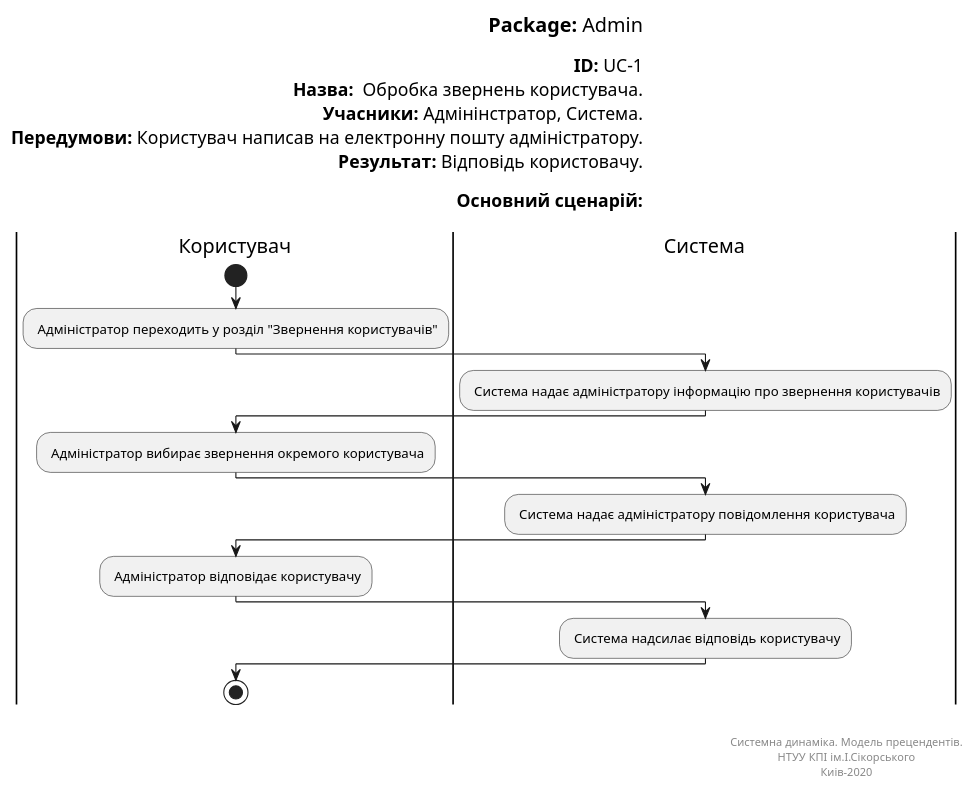
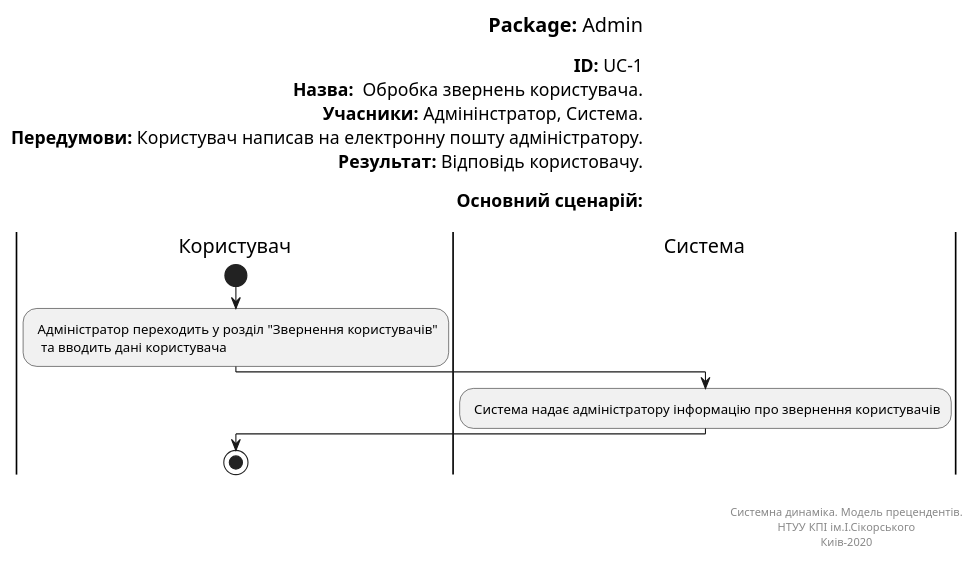
One commit to kirilinsane/Team2 changed the diagram in Doc/UMLdiagrams/scenarios/admin/Diagrams/UML/UC1.pu. Above: the diagram before and after it, drawn with PlantUML. The commit also changed 6 other files, not shown here.

```diff
--- a/Doc/UMLdiagrams/scenarios/admin/Diagrams/UML/UC1.pu
+++ b/Doc/UMLdiagrams/scenarios/admin/Diagrams/UML/UC1.pu
@@ -1,45 +1,34 @@
 @startuml
 left header
 <font color=000 size=18><b>Package:</b> Admin
 
 <font color=000 size=16><b>ID:</b> UC-1
 <font color=000 size=16><b>Назва:</b>  Обробка звернень користувача.
 <font color=000 size=16><b>Учасники:</b> Адмінінстратор, Система.
 <font color=000 size=16><b>Передумови:</b> Користувач написав на електронну пошту адміністратору.
 <font color=000 size=16><b>Результат:</b> Відповідь користовачу.
 
 <font color=000 size=16><b>Основний сценарій:</b>
 
 end header
 
 |Користувач|
 start
-: Адміністратор переходить у розділ "Звернення користувачів";
+: Адміністратор переходить у розділ "Звернення користувачів"
+  та вводить дані користувача;
 
 |Система|
 : Система надає адміністратору інформацію про звернення користувачів;
-
-|Користувач|
-: Адміністратор вибирає звернення окремого користувача;
-
-|Система|
-: Система надає адміністратору повідомлення користувача;
-
-|Користувач|
-: Адміністратор відповідає користувачу;
-
-|Система|
-: Система надсилає відповідь користувачу;
 
 |Користувач|
 
 stop;
 
 right footer
 
 
 Системна динаміка. Модель прецендентів.
 НТУУ КПІ ім.І.Сікорського
 Киів-2020
 end footer
 @enduml
```
